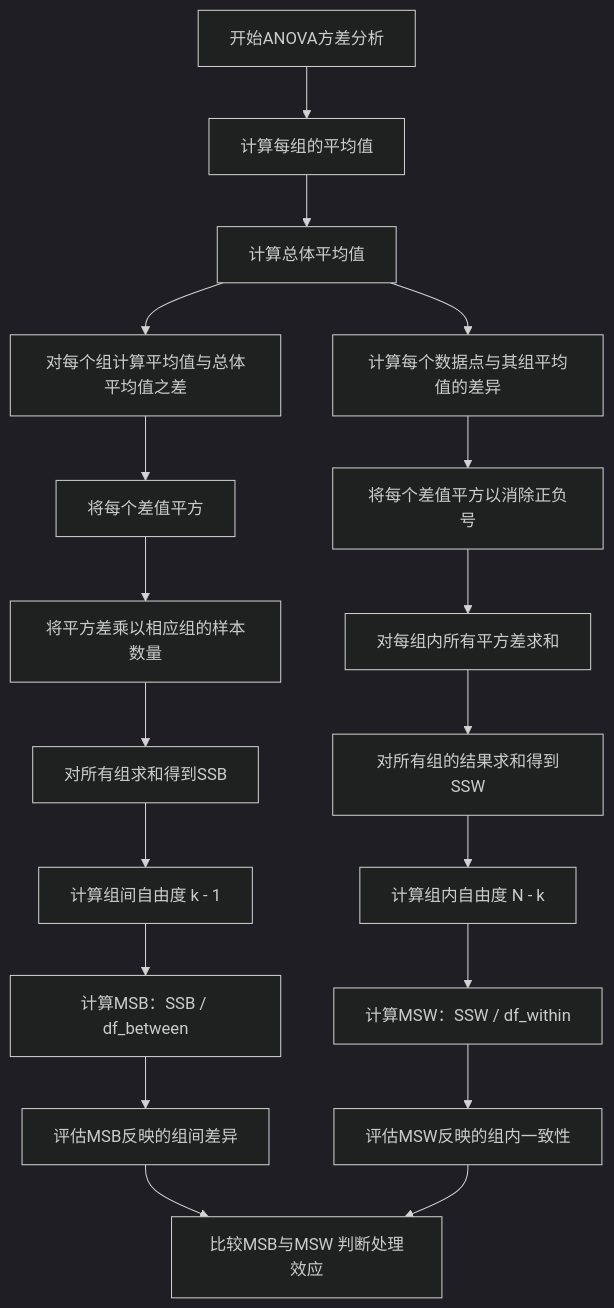
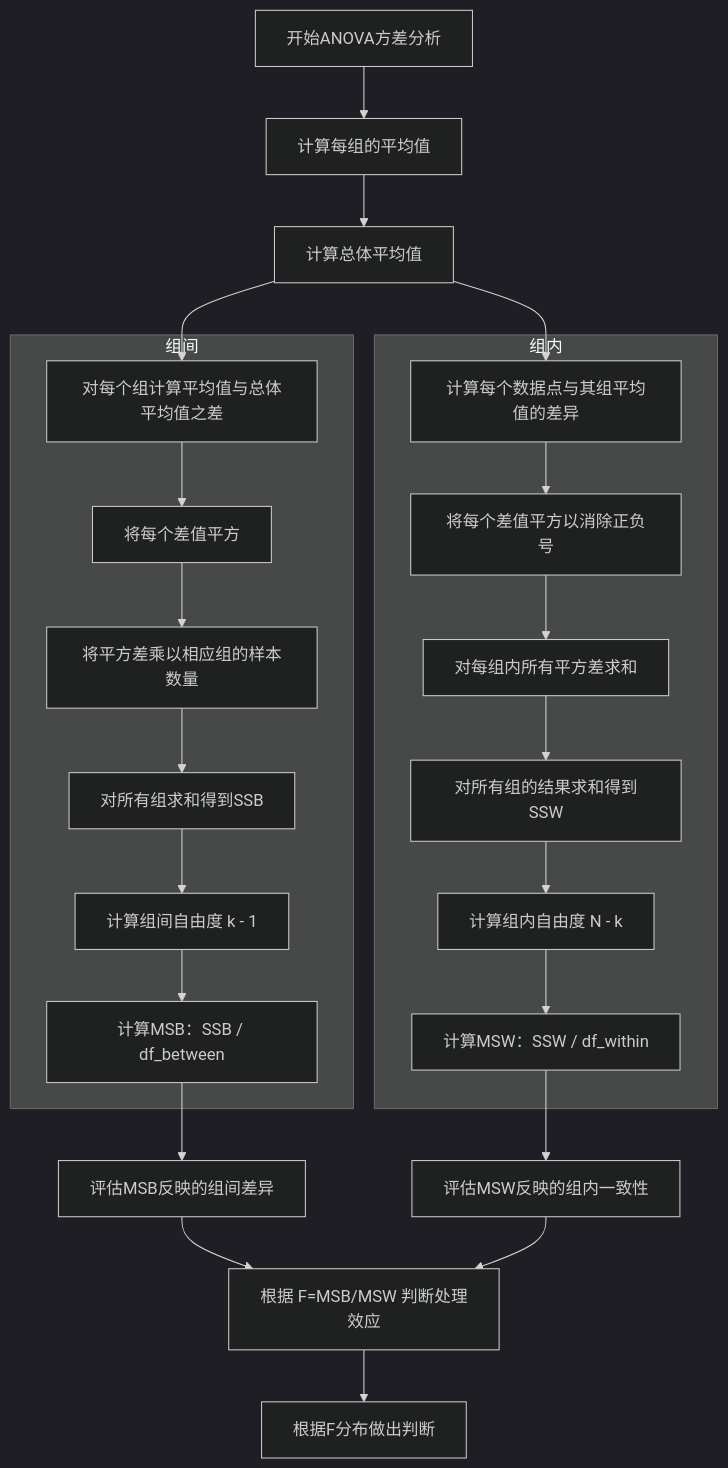
Before and after one commit to introvert24312/somehow: the diagram in source/_posts/ANOVA.md, drawn with Mermaid (dark theme). The commit also changed other lines of this file, not shown here.

````diff
--- a/source/_posts/ANOVA.md
+++ b/source/_posts/ANOVA.md
@@ -17,25 +17,29 @@
 ```mermaid
 graph TD
     0[开始ANOVA方差分析]
+ 
     0 --> 1[计算每组的平均值]
     1 --> 2[计算总体平均值]
     2 --> 3[对每个组计算平均值与总体平均值之差]
+   subgraph 组间
     3 --> 4[将每个差值平方]
     4 --> 5[将平方差乘以相应组的样本数量]
     5 --> 6[对所有组求和得到SSB]
     6 --> 7[计算组间自由度 k - 1]
     7 --> 8[计算MSB：SSB / df_between]
-
+    end
     2 --> 9[计算每个数据点与其组平均值的差异]
+  subgraph 组内
     9 --> 10[将每个差值平方以消除正负号]
     10 --> 11[对每组内所有平方差求和]
     11 --> 12[对所有组的结果求和得到SSW]
     12 --> 13[计算组内自由度 N - k]
     13 --> 14[计算MSW：SSW / df_within]
-
+	end
     8 --> 15[评估MSB反映的组间差异]
     14 --> 16[评估MSW反映的组内一致性]
-    15 --> 17[比较MSB与MSW 判断处理效应]
+    15 --> 17[根据 F=MSB/MSW 判断处理效应]
     16 --> 17
+    17-->18[根据F分布做出判断]
 
 ```
````
